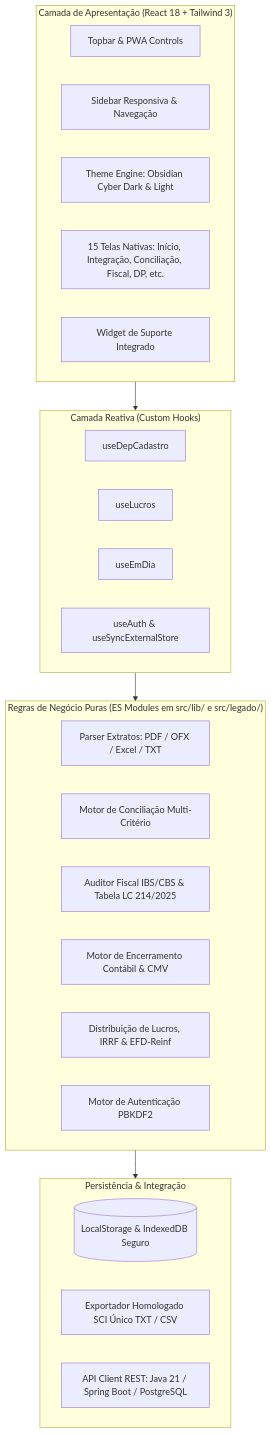
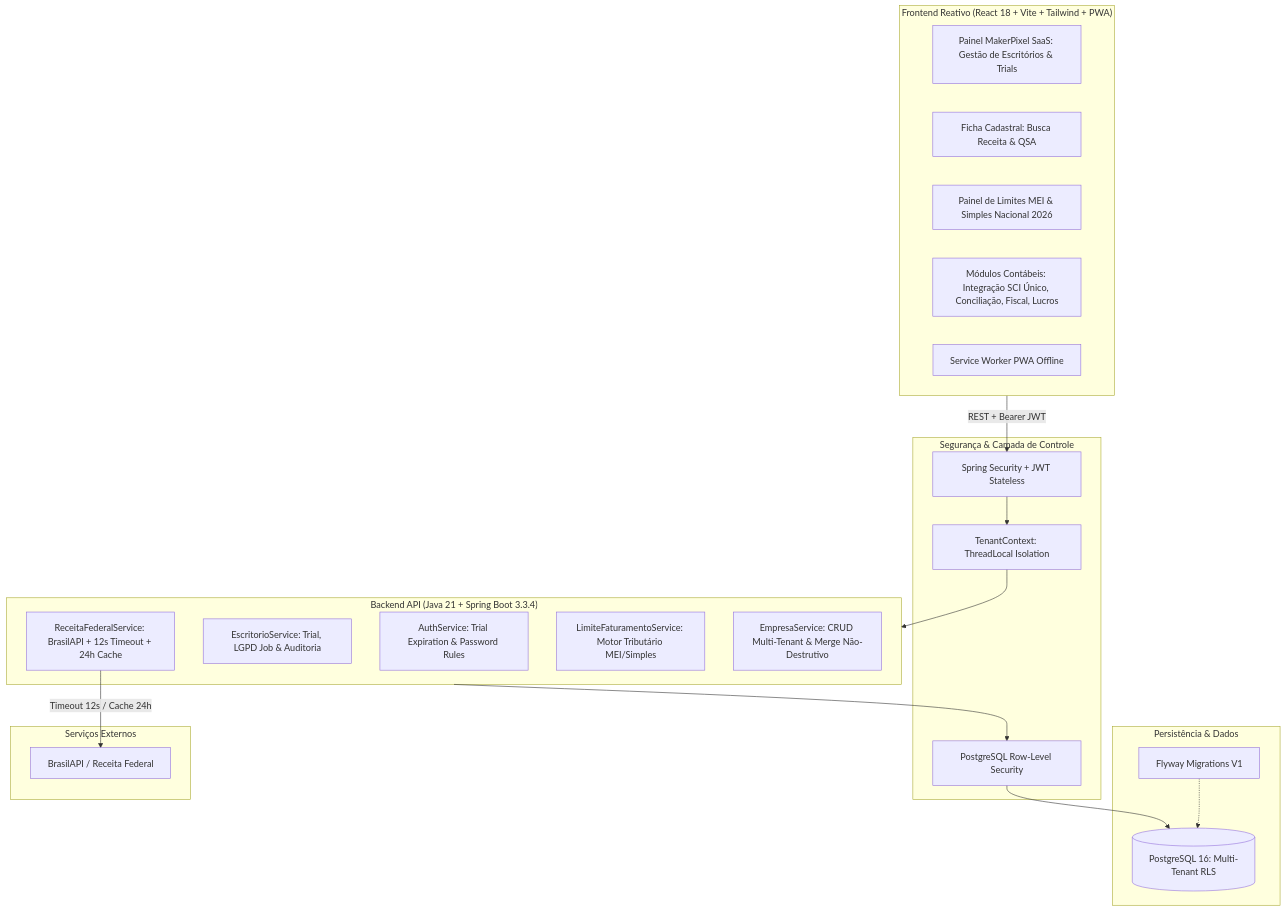
One commit to Mauricio-G-Oliveira/makerpixel-gestao changed the diagram in README.md. Above: the diagram before and after it, drawn with Mermaid. The commit also changed other lines of this file and 64 other files, not shown here.

Commit message:
feat(saas): implement MakerPixel Contabil multi-tenant SaaS, BrasilAPI Receita integration, MEI/Simples tax limits and Java Spring Boot backend

````diff
--- a/README.md
+++ b/README.md
@@ -38,36 +47,41 @@
 ```mermaid
 flowchart TD
-    subgraph UI ["Camada de Apresentação (React 18 + Tailwind 3)"]
-        A[Topbar & PWA Controls]
-        B[Sidebar Responsiva & Navegação]
-        C[Theme Engine: Obsidian Cyber Dark & Light]
-        D[15 Telas Nativas: Início, Integração, Conciliação, Fiscal, DP, etc.]
-        E[Widget de Suporte Integrado]
+    subgraph Client ["Frontend Reativo (React 18 + Vite + Tailwind + PWA)"]
+        UI1[Painel MakerPixel SaaS: Gestão de Escritórios & Trials]
+        UI2[Ficha Cadastral: Busca Receita & QSA]
+        UI3[Painel de Limites MEI & Simples Nacional 2026]
+        UI4[Módulos Contábeis: Integração SCI Único, Conciliação, Fiscal, Lucros]
+        SW[Service Worker PWA Offline]
     end
 
-    subgraph Hooks ["Camada Reativa (Custom Hooks)"]
-        H1[useDepCadastro]
-        H2[useLucros]
-        H3[useEmDia]
-        H4[useAuth & useSyncExternalStore]
+    subgraph Gateway ["Segurança & Camada de Controle"]
+        SEC[Spring Security + JWT Stateless]
+        TC[TenantContext: ThreadLocal Isolation]
+        RLS_POL[PostgreSQL Row-Level Security]
     end
 
-    subgraph CoreEngine ["Regras de Negócio Puras (ES Modules em src/lib/ e src/legado/)"]
-        F1[Parser Extratos: PDF / OFX / Excel / TXT]
-        F2[Motor de Conciliação Multi-Critério]
-        F3[Auditor Fiscal IBS/CBS & Tabela LC 214/2025]
-        F4[Motor de Encerramento Contábil & CMV]
-        F5[Distribuição de Lucros, IRRF & EFD-Reinf]
-        F6[Motor de Autenticação PBKDF2]
+    subgraph Backend ["Backend API (Java 21 + Spring Boot 3.3.4)"]
+        AUTH_SRV[AuthService: Trial Expiration & Password Rules]
+        ESC_SRV[EscritorioService: Trial, LGPD Job & Auditoria]
+        REC_SRV[ReceitaFederalService: BrasilAPI + 12s Timeout + 24h Cache]
+        LIM_SRV[LimiteFaturamentoService: Motor Tributário MEI/Simples]
+        EMP_SRV[EmpresaService: CRUD Multi-Tenant & Merge Não-Destrutivo]
     end
 
-    subgraph Storage ["Persistência & Integração"]
-        S1[(LocalStorage & IndexedDB Seguro)]
-        S2[Exportador Homologado SCI Único TXT / CSV]
-        S3[API Client REST: Java 21 / Spring Boot / PostgreSQL]
+    subgraph Storage ["Persistência & Dados"]
+        PG[(PostgreSQL 16: Multi-Tenant RLS)]
+        FLY[Flyway Migrations V1]
     end
 
-    UI --> Hooks
-    Hooks --> CoreEngine
-    CoreEngine --> Storage
+    subgraph External ["Serviços Externos"]
+        BRAPI[BrasilAPI / Receita Federal]
+    end
+
+    Client -->|REST + Bearer JWT| SEC
+    SEC --> TC
+    TC --> Backend
+    REC_SRV -->|Timeout 12s / Cache 24h| BRAPI
+    Backend --> RLS_POL
+    RLS_POL --> PG
+    FLY -.-> PG
 ```
````
